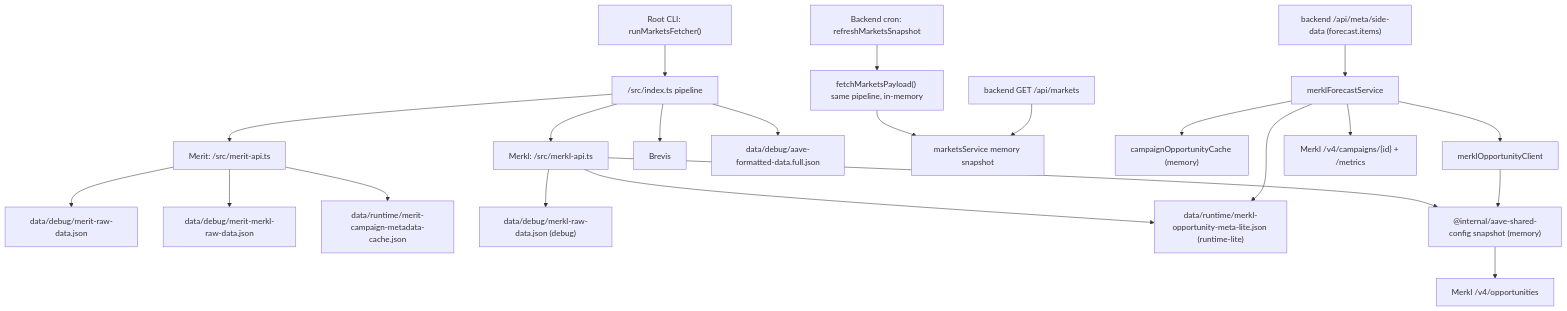
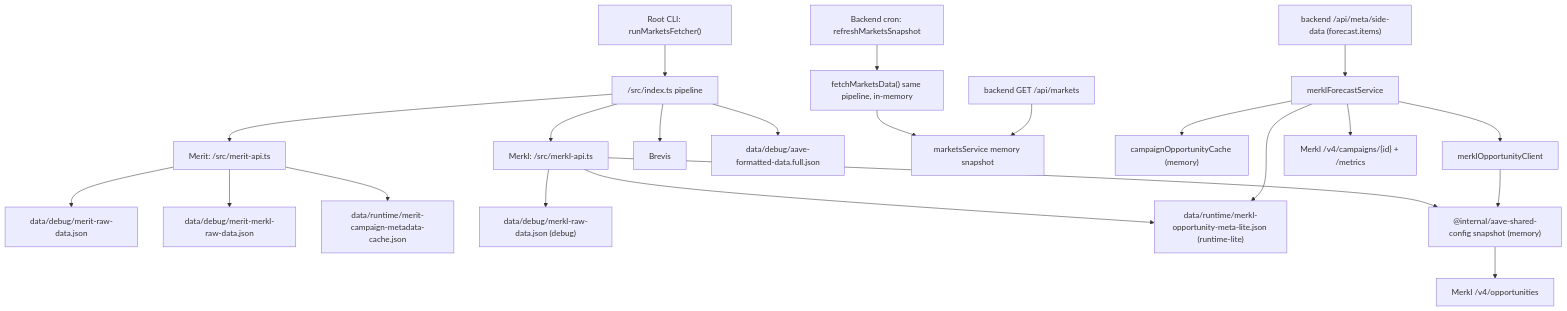
One commit to 0xPabloLI/aave-protocol-analysis changed the fourth of 5 diagrams in docs/merkl-merit-cache-architecture.md. Above: the diagram before and after it, drawn with Mermaid. The commit also changed other lines of this file and 6 other files, not shown here.

````diff
--- a/docs/merkl-merit-cache-architecture.md
+++ b/docs/merkl-merit-cache-architecture.md
@@ -104,24 +104,24 @@
 ```mermaid
 flowchart TD
   A["Root CLI: runMarketsFetcher()"] --> B["/src/index.ts pipeline"]
   B --> C["Merit: /src/merit-api.ts"]
   B --> D["Merkl: /src/merkl-api.ts"]
   B --> E["Brevis"]
   C --> F["data/debug/merit-raw-data.json"]
   C --> G["data/debug/merit-merkl-raw-data.json"]
   C --> H["data/runtime/merit-campaign-metadata-cache.json"]
   D --> I["data/debug/merkl-raw-data.json (debug)"]
   D --> J["data/runtime/merkl-opportunity-meta-lite.json (runtime-lite)"]
   D --> R["@internal/aave-shared-config snapshot (memory)"]
    B --> K["data/debug/aave-formatted-data.full.json"]
-  CRON["Backend cron: refreshMarketsSnapshot"] --> MP["fetchMarketsPayload() same pipeline, in-memory"]
+  CRON["Backend cron: refreshMarketsSnapshot"] --> MP["fetchMarketsData() same pipeline, in-memory"]
   MP --> MS["marketsService memory snapshot"]
   L["backend GET /api/markets"] --> MS
   N["backend /api/meta/side-data (forecast.items)"] --> O["merklForecastService"]
   O --> P["campaignOpportunityCache (memory)"]
   O --> J
   O --> Q["merklOpportunityClient"]
   Q --> R
   R --> S["Merkl /v4/opportunities"]
   O --> T["Merkl /v4/campaigns/{id} + /metrics"]
 ```
````
